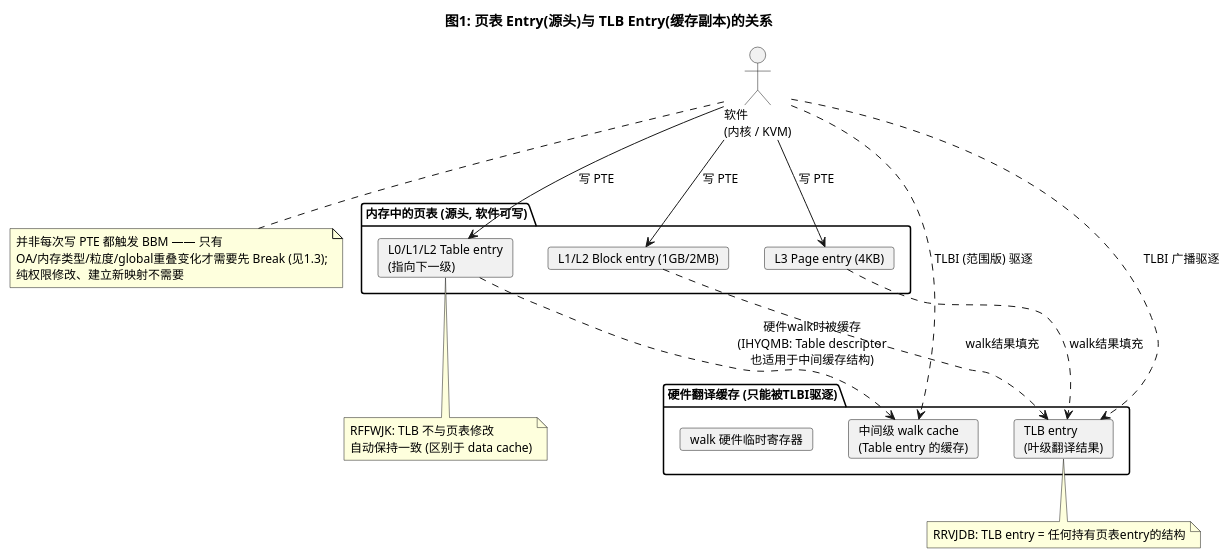
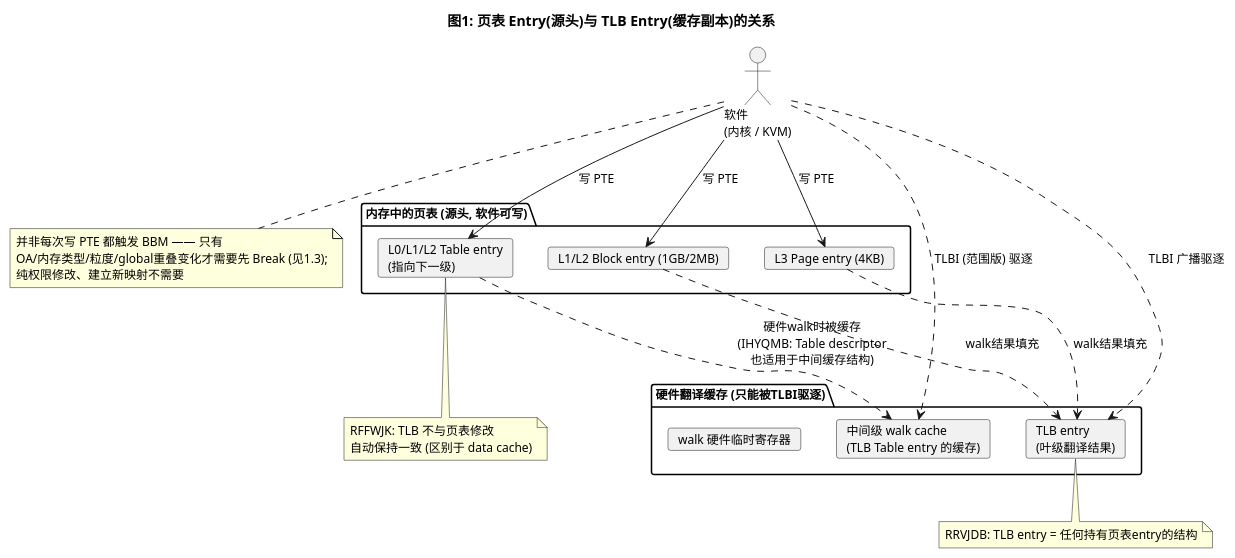
One commit to AkiraZheng/AkiraZheng.github.io changed the first of 13 diagrams in source/_posts/ARM64-BBML源码分析-BBML0-BBML3.md. Above: the diagram before and after it, drawn with PlantUML. The commit also changed other lines of this file and 4 other files, not shown here.

````diff
--- a/source/_posts/ARM64-BBML源码分析-BBML0-BBML3.md
+++ b/source/_posts/ARM64-BBML源码分析-BBML0-BBML3.md
@@ -58,34 +61,34 @@
 ```plantuml
 @startuml
 skinparam backgroundColor white
 skinparam defaultFontSize 12
 title 图1: 页表 Entry(源头)与 TLB Entry(缓存副本)的关系
 
 actor "软件\n(内核 / KVM)" as SW
 
 package "内存中的页表 (源头, 软件可写)" {
   card "L0/L1/L2 Table entry\n(指向下一级)" as T
   card "L1/L2 Block entry (1GB/2MB)" as B
   card "L3 Page entry (4KB)" as P
 }
 
 package "硬件翻译缓存 (只能被TLBI驱逐)" {
   card "TLB entry\n(叶级翻译结果)" as TLB
-  card "中间级 walk cache\n(Table entry 的缓存)" as WC
+  card "中间级 walk cache\n(TLB Table entry 的缓存)" as WC
   card "walk 硬件临时寄存器" as TMP
 }
 
 SW --> T : 写 PTE
 SW --> B : 写 PTE
 SW --> P : 写 PTE
 T ..> WC : 硬件walk时被缓存\n(IHYQMB: Table descriptor\n也适用于中间缓存结构)
 B ..> TLB : walk结果填充
 P ..> TLB : walk结果填充
 SW ..> TLB : TLBI 广播驱逐
 SW ..> WC : TLBI (范围版) 驱逐
 
 note bottom of TLB : RRVJDB: TLB entry = 任何持有页表entry的结构
 note bottom of T : RFFWJK: TLB 不与页表修改\n自动保持一致 (区别于 data cache)
 note bottom of SW : 并非每次写 PTE 都触发 BBM —— 只有\nOA/内存类型/粒度/global重叠变化才需要先 Break (见1.3);\n纯权限修改、建立新映射不需要
 @enduml
 ```
````
